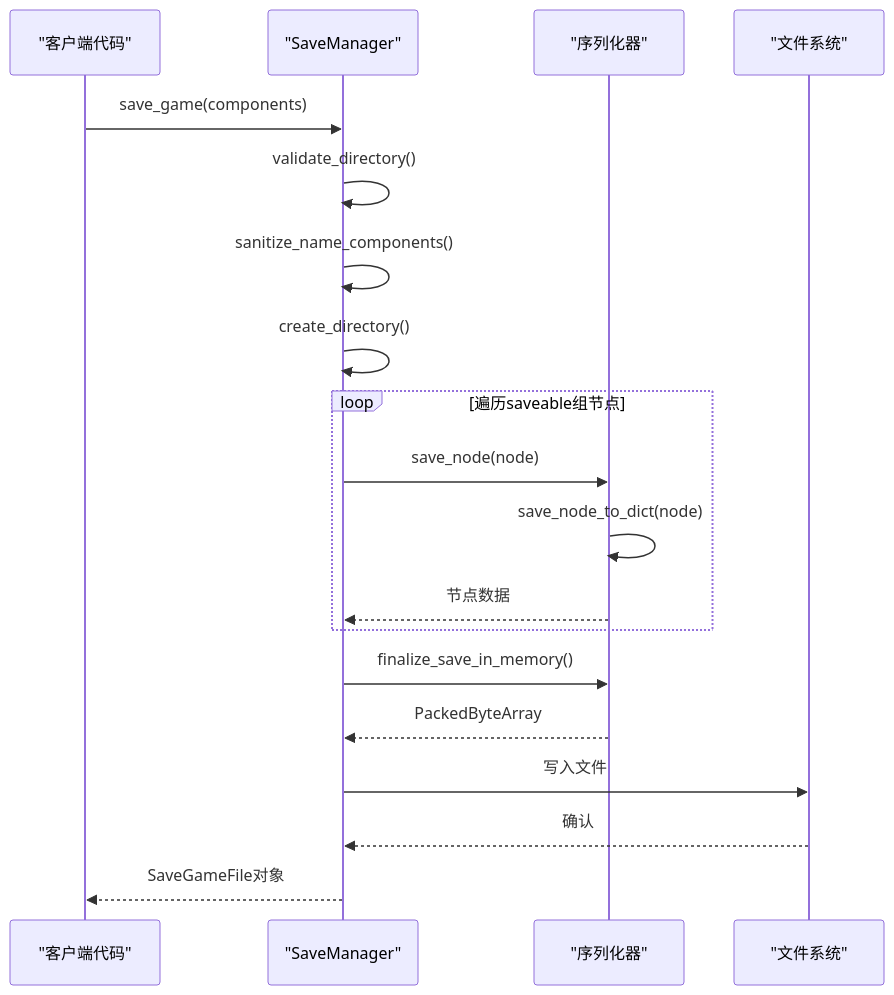
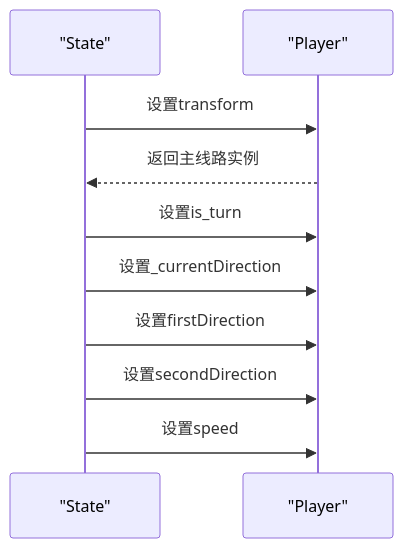
One commit to godotline/godot-line changed the ninth of 11 diagrams in .qoder/repowiki/zh/content/API参考/核心类API/状态管理系统.md. Above: the diagram before and after it, drawn with Mermaid. The commit also changed other lines of this file and 34 other files, not shown here.

````diff
--- a/.qoder/repowiki/zh/content/API参考/核心类API/状态管理系统.md
+++ b/.qoder/repowiki/zh/content/API参考/核心类API/状态管理系统.md
@@ -230,21 +307,12 @@
 ```mermaid
 sequenceDiagram
-participant Client as "客户端代码"
-participant SM as "SaveManager"
-participant SER as "序列化器"
-participant FS as "文件系统"
-Client->>SM : save_game(components)
-SM->>SM : validate_directory()
-SM->>SM : sanitize_name_components()
-SM->>SM : create_directory()
-loop 遍历saveable组节点
-SM->>SER : save_node(node)
-SER->>SER : save_node_to_dict(node)
-SER-->>SM : 节点数据
-end
-SM->>SER : finalize_save_in_memory()
-SER-->>SM : PackedByteArray
-SM->>FS : 写入文件
-FS-->>SM : 确认
-SM-->>Client : SaveGameFile对象
+participant State as "State"
+participant Player as "Player"
+State->>Player : 设置transform
+Player-->>State : 返回主线路实例
+State->>Player : 设置is_turn
+State->>Player : 设置_currentDirection
+State->>Player : 设置firstDirection
+State->>Player : 设置secondDirection
+State->>Player : 设置speed
 ```
````
